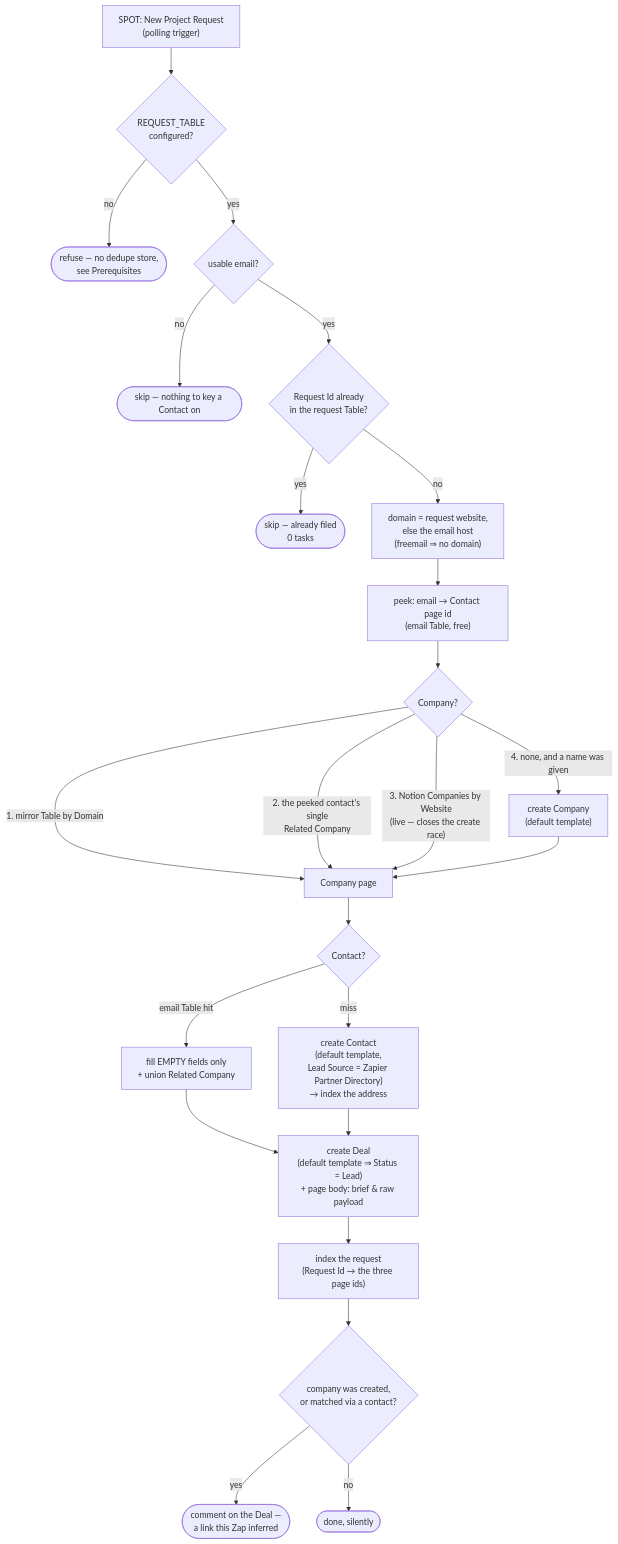
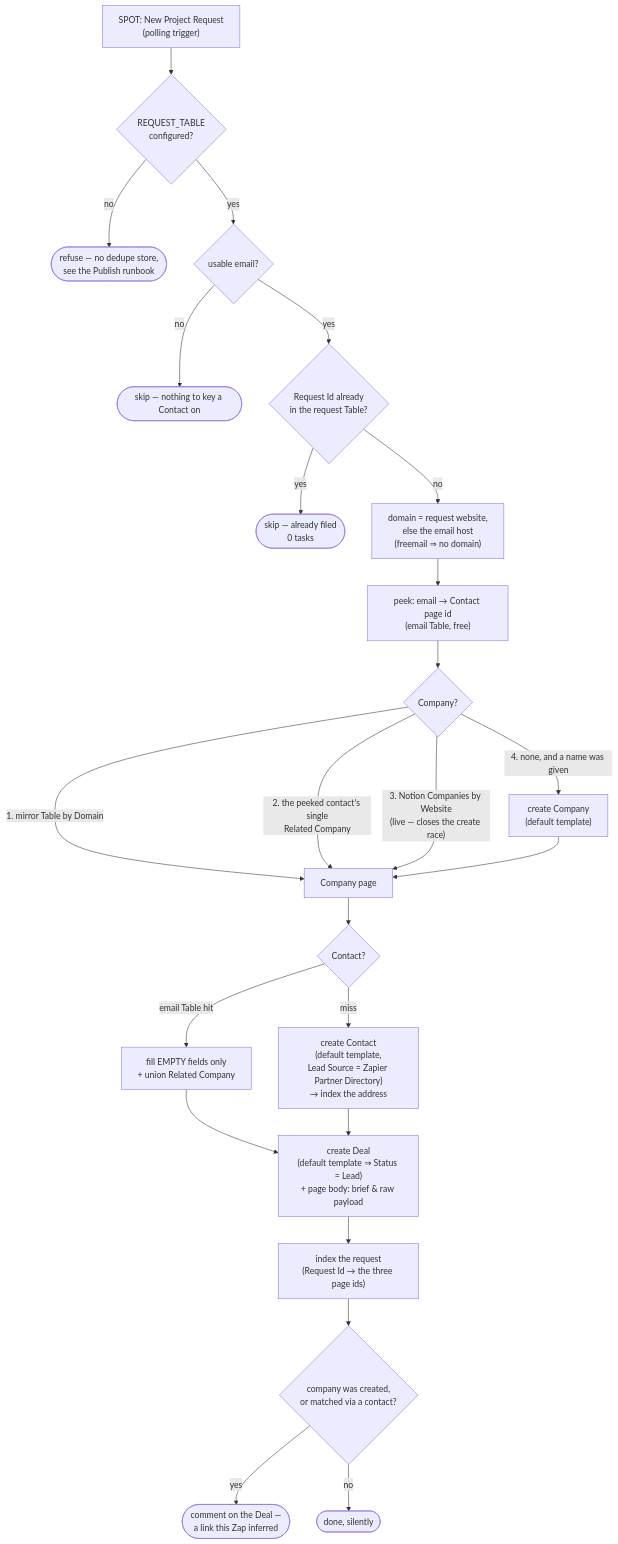
One commit to work-flowers/zapier-sdk changed the diagram in spot-project-request-to-notion/README.md. Above: the diagram before and after it, drawn with Mermaid. The commit also changed other lines of this file and 2 other files, not shown here.

First line of the commit message:
Add a copy-paste publish runbook for the SPOT request Zap

````diff
--- a/spot-project-request-to-notion/README.md
+++ b/spot-project-request-to-notion/README.md
@@ -33,26 +33,26 @@
 ```mermaid
 flowchart TD
     A["SPOT: New Project Request<br/>(polling trigger)"] --> B{"REQUEST_TABLE<br/>configured?"}
-    B -- no --> B0(["refuse — no dedupe store,<br/>see Prerequisites"])
+    B -- no --> B0(["refuse — no dedupe store,<br/>see the Publish runbook"])
     B -- yes --> C{"usable email?"}
     C -- no --> C0(["skip — nothing to key a Contact on"])
     C -- yes --> D{"Request Id already<br/>in the request Table?"}
     D -- yes --> D0(["skip — already filed<br/>0 tasks"])
     D -- no --> E["domain = request website,<br/>else the email host<br/>(freemail ⇒ no domain)"]
     E --> F["peek: email → Contact page id<br/>(email Table, free)"]
     F --> G{"Company?"}
     G -- "1. mirror Table by Domain" --> P
     G -- "2. the peeked contact's single<br/>Related Company" --> P
     G -- "3. Notion Companies by Website<br/>(live — closes the create race)" --> P
     G -- "4. none, and a name was given" --> H["create Company<br/>(default template)"] --> P
     P["Company page"] --> Q{"Contact?"}
     Q -- "email Table hit" --> R["fill EMPTY fields only<br/>+ union Related Company"]
     Q -- miss --> S["create Contact<br/>(default template,<br/>Lead Source = Zapier Partner Directory)<br/>→ index the address"]
     R --> T
     S --> T
     T["create Deal<br/>(default template ⇒ Status = Lead)<br/>+ page body: brief & raw payload"]
     T --> U["index the request<br/>(Request Id → the three page ids)"]
     U --> V{"company was created,<br/>or matched via a contact?"}
     V -- yes --> W(["comment on the Deal —<br/>a link this Zap inferred"])
     V -- no --> X(["done, silently"])
 ```
````
